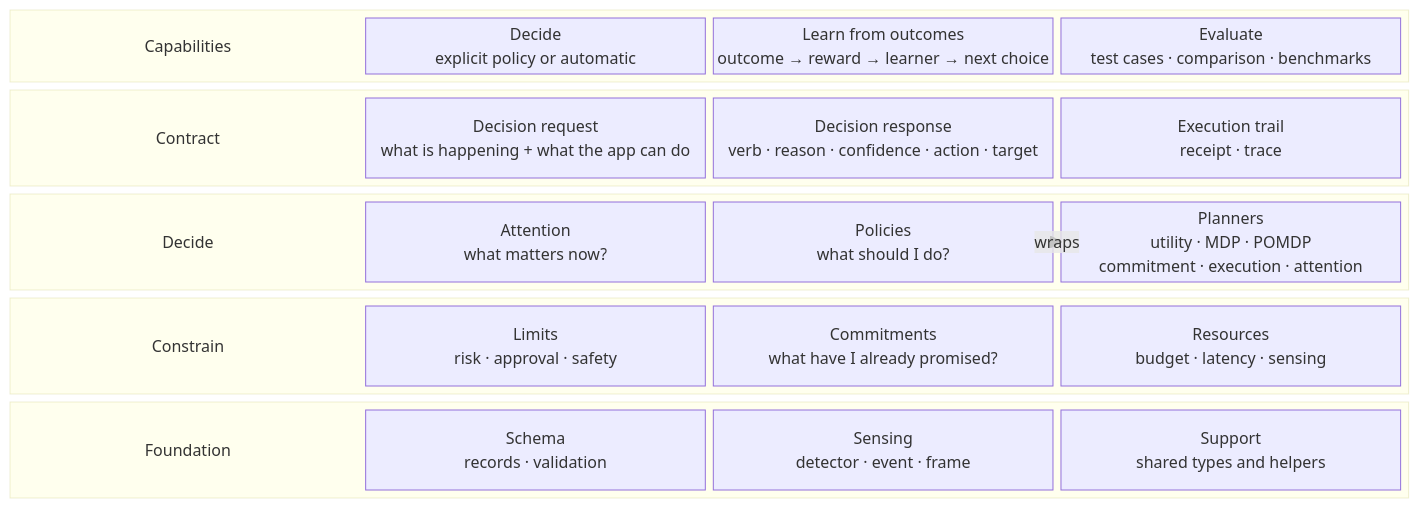
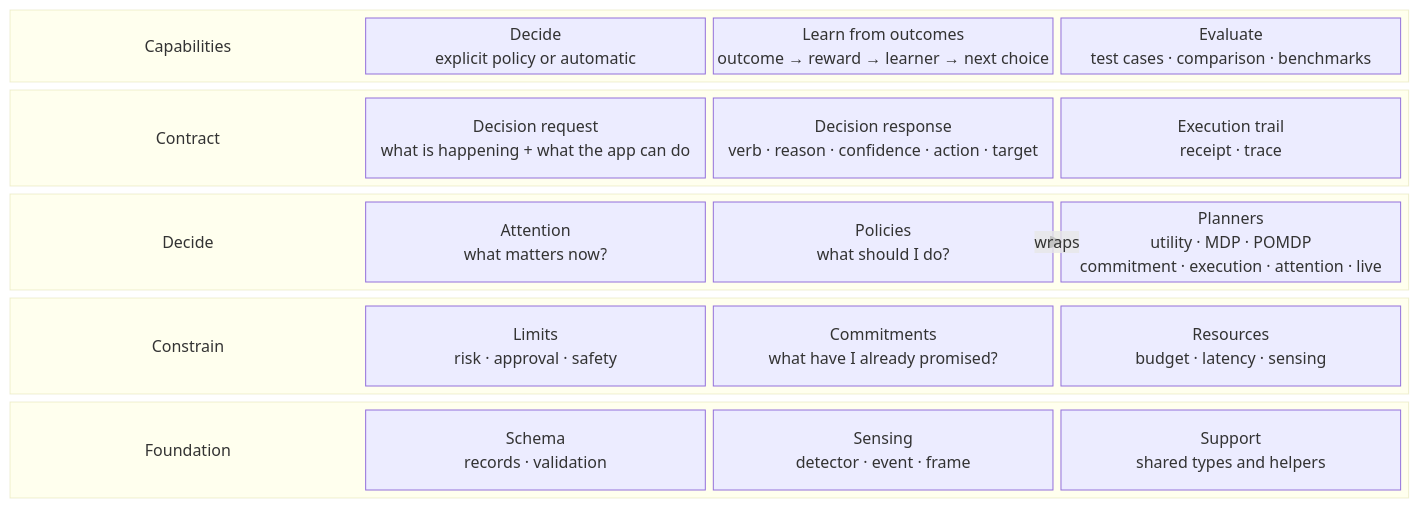
One commit to michaelatamuk/laix changed the diagram in docs/02-core/00-architecture.md. Above: the diagram before and after it, drawn with Mermaid. The commit also changed other lines of this file and 42 other files, not shown here.

````diff
--- a/docs/02-core/00-architecture.md
+++ b/docs/02-core/00-architecture.md
@@ -6,51 +6,51 @@
 ```mermaid
 block-beta
     columns 1
 
     block:capabilities
         columns 4
         capabilities_label["Capabilities"]
         decide["Decide<br/>explicit policy or automatic"]
         learn["Learn from outcomes<br/>outcome → reward → learner → next choice"]
         evaluate["Evaluate<br/>test cases · comparison · benchmarks"]
     end
 
     block:contract
         columns 4
         contract_label["Contract"]
         request["Decision request<br/>what is happening + what the app can do"]
         response["Decision response<br/>verb · reason · confidence · action · target"]
         trail["Execution trail<br/>receipt · trace"]
     end
 
     block:decide_layer
         columns 4
         decide_layer_label["Decide"]
         attention["Attention<br/>what matters now?"]
         policies["Policies<br/>what should I do?"]
-        planners["Planners<br/>utility · MDP · POMDP<br/>commitment · execution · attention"]
+        planners["Planners<br/>utility · MDP · POMDP<br/>commitment · execution · attention · live"]
         policies -- "wraps" --> planners
     end
 
     block:constrain_layer
         columns 4
         constrain_layer_label["Constrain"]
         limits["Limits<br/>risk · approval · safety"]
         commitments["Commitments<br/>what have I already promised?"]
         resources["Resources<br/>budget · latency · sensing"]
     end
 
     block:foundation
         columns 4
         foundation_label["Foundation"]
         schema["Schema<br/>records · validation"]
         sensing["Sensing<br/>detector · event · frame"]
         support["Support<br/>shared types and helpers"]
     end
 
     style capabilities_label fill:transparent,stroke:transparent,font-size:22px,font-weight:bold
     style contract_label fill:transparent,stroke:transparent,font-size:14px,font-weight:bold
     style decide_layer_label fill:transparent,stroke:transparent,font-weight:bold
     style constrain_layer_label fill:transparent,stroke:transparent,font-weight:bold
     style foundation_label fill:transparent,stroke:transparent,font-weight:bold
 ```
````
